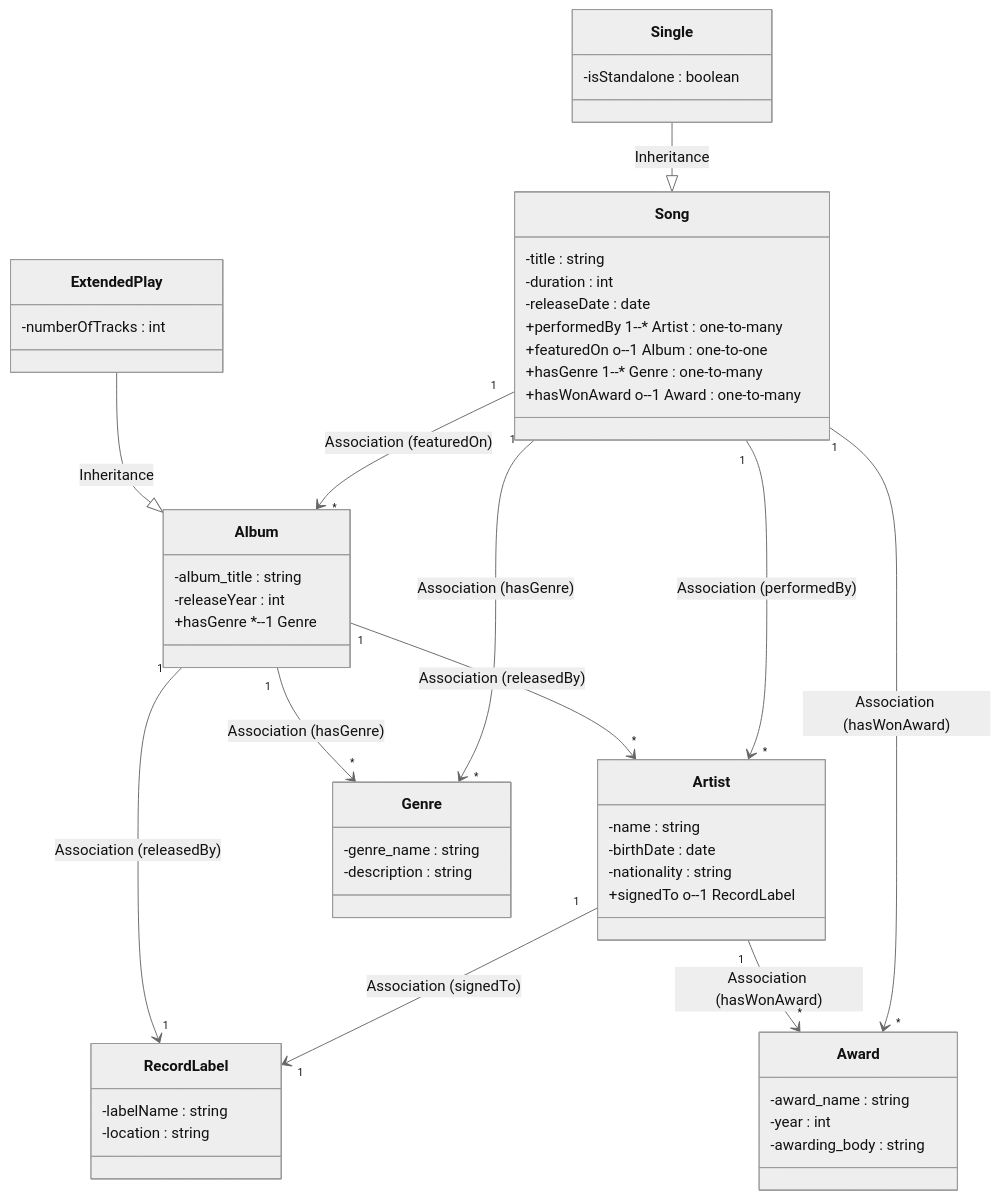
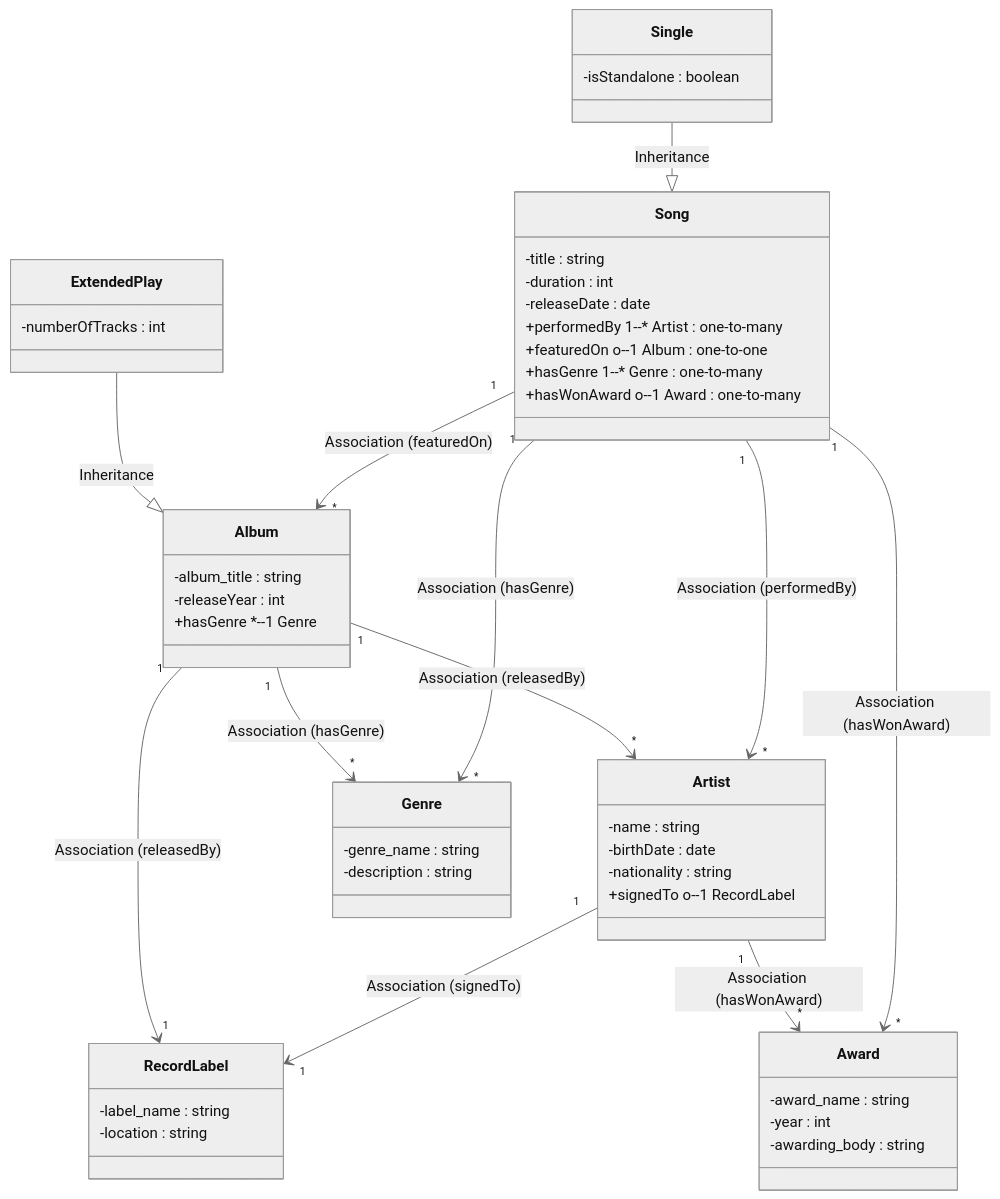
The diagram in o-02-Music/README.md (shauryashaurya/The-Silmaril), drawn with Mermaid (neutral theme) before and after one commit. The commit also changed other lines of this file and 27 other files, not shown here.

Commit message:
added data schemas, zipped o-01 ontologies to save space, added reasoning for o-02

````diff
--- a/o-02-Music/README.md
+++ b/o-02-Music/README.md
@@ -56,73 +56,73 @@
 ```mermaid                                      
 classDiagram                
     class Song {        
 		%% Data Properties    
         -title : string                
         -duration : int                
         -releaseDate : date        
 		%% Object Properties    
         +performedBy 1--* Artist : one-to-many                
         +featuredOn o--1 Album  : one-to-one               
         +hasGenre 1--* Genre  : one-to-many               
         +hasWonAward o--1 Award   : one-to-many              
     }                
                 
     class Artist {                
 		%% Data Properties    
         -name : string                
         -birthDate : date                
         -nationality : string                
 		%% Object Properties    
         +signedTo o--1 RecordLabel                
     }                
                 
     class Album {                
 		%% Data Properties    
         -album_title : string                
         -releaseYear : int                
 		%% Object Properties    
         +hasGenre *--1 Genre                
     }                
                 
   class RecordLabel{                
 		%% Data Properties    
-        -labelName : string                
+        -label_name : string                
         -location : string                
   }                
                 
     class Genre {                
 		%% Data Properties    
         -genre_name : string                
         -description : string                
     }                
                 
   class Award{                
 		%% Data Properties    
         -award_name : string                
         -year : int                
         -awarding_body : string                
   }                
                 
   class Single{                
 		%% Data Properties    
 		-isStandalone : boolean                
   }                
                 
   class ExtendedPlay{                
 		%% Data Properties    
 		-numberOfTracks : int                
   }                
                 
     Song "1" --> "*" Artist : Association (performedBy)    
     Song "1" --> "*" Album : Association (featuredOn)    
     Song "1" --> "*" Genre : Association (hasGenre)    
     Song "1" --> "*" Award : Association (hasWonAward)    
     Artist "1" --> "1" RecordLabel : Association (signedTo)    
     Album "1" --> "*" Genre : Association (hasGenre)    
     Album "1" --> "*" Artist : Association (releasedBy)    
     Album "1" --> "1" RecordLabel : Association (releasedBy)    
     Artist "1" --> "*" Award : Association (hasWonAward)    
         
     Single --|> Song : Inheritance    
     ExtendedPlay --|> Album : Inheritance               
 ```                    
````
